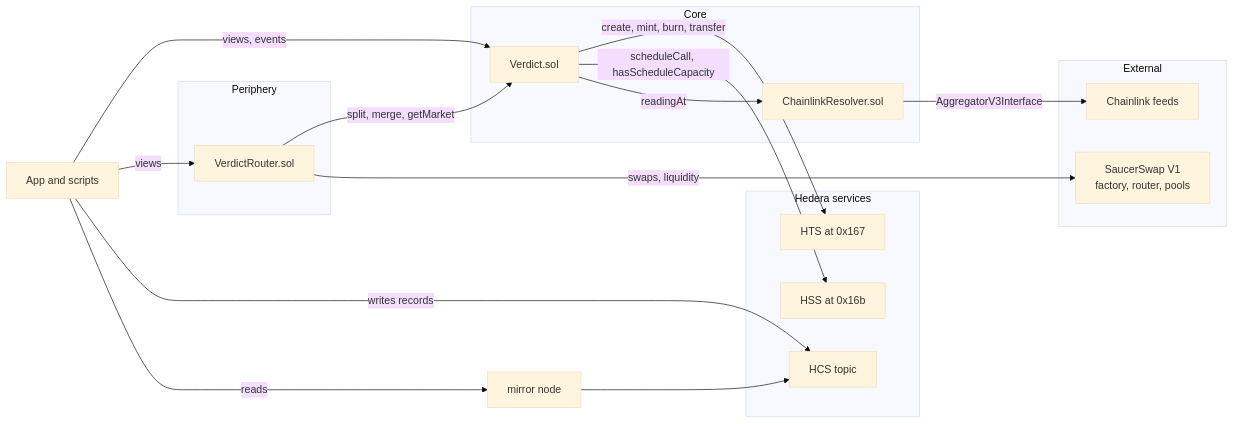
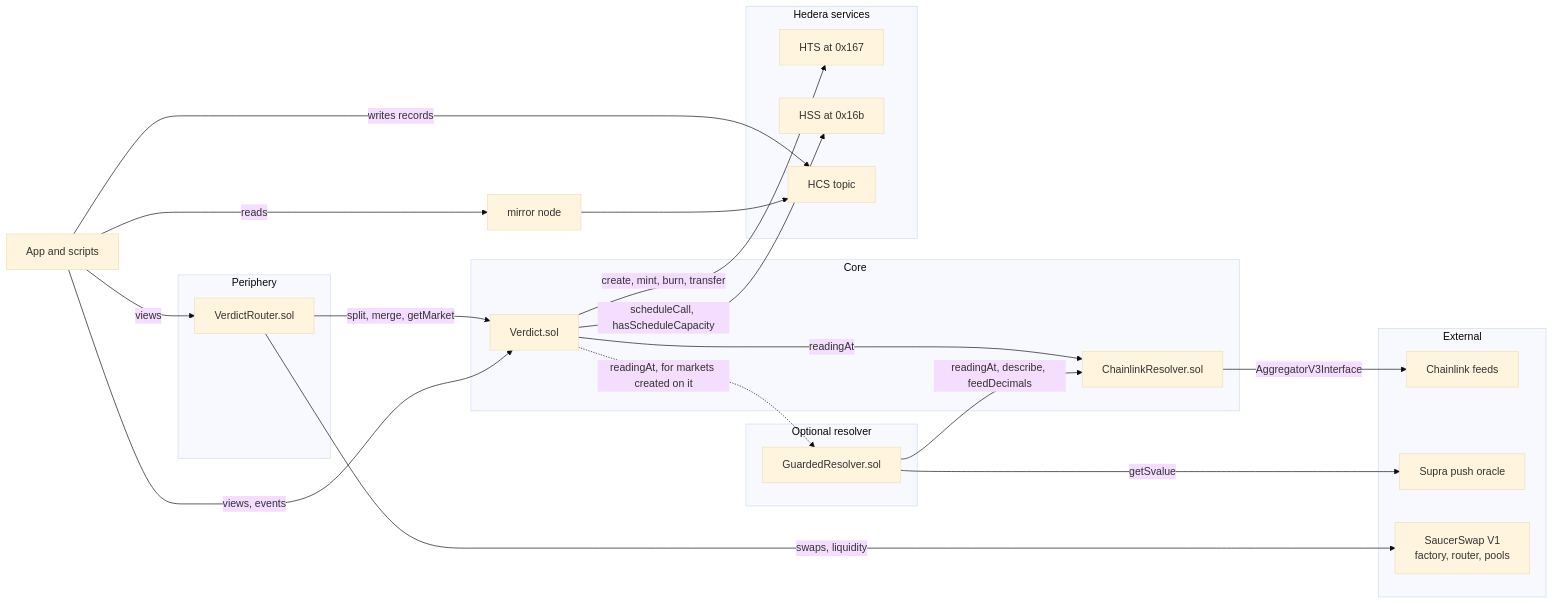
One commit to resistingdestiny/verdict changed the first of 8 diagrams in docs/ARCHITECTURE.md. Above: the diagram before and after it, drawn with Mermaid (base theme). The commit also changed other lines of this file and 8 other files, not shown here.

First line of the commit message:
Docs: GuardedResolver in the README, AGENTS map and commands, architecture, security and decisions

````diff
--- a/docs/ARCHITECTURE.md
+++ b/docs/ARCHITECTURE.md
@@ -9,30 +9,37 @@
 ```mermaid
 flowchart LR
     subgraph Core
         V[Verdict.sol]
         CR[ChainlinkResolver.sol]
     end
     subgraph Periphery
         R[VerdictRouter.sol]
     end
+    subgraph Optional resolver
+        GR[GuardedResolver.sol]
+    end
     subgraph Hedera services
         HTS[HTS at 0x167]
         HSS[HSS at 0x16b]
         HCS[HCS topic]
     end
     subgraph External
         CL[Chainlink feeds]
+        SU[Supra push oracle]
         SS[SaucerSwap V1<br/>factory, router, pools]
     end
     V -->|create, mint, burn, transfer| HTS
     V -->|scheduleCall, hasScheduleCapacity| HSS
     V -->|readingAt| CR
     CR -->|AggregatorV3Interface| CL
+    V -.->|readingAt, for markets created on it| GR
+    GR -->|readingAt, describe, feedDecimals| CR
+    GR -->|getSvalue| SU
     R -->|split, merge, getMarket| V
     R -->|swaps, liquidity| SS
     App[App and scripts] -->|views, events| V
     App -->|views| R
     App -->|writes records| HCS
     App -->|reads| Mirror[mirror node]
     Mirror --> HCS
 ```
````
